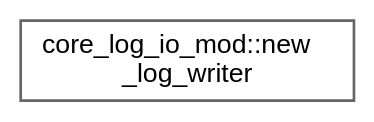
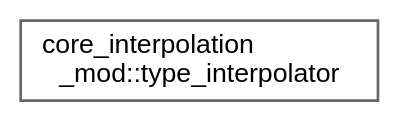
The diagram in release/v4.0-beta/inherit_graph_10.dot (mayhl/FUNWAVE-TVD), drawn with Graphviz before and after one commit. The commit also changed 402 other files, not shown here.

```diff
--- a/release/v4.0-beta/inherit_graph_10.dot
+++ b/release/v4.0-beta/inherit_graph_10.dot
@@ -1,9 +1,9 @@
 digraph "Graphical Class Hierarchy"
 {
  // LATEX_PDF_SIZE
   bgcolor="transparent";
   edge [fontname=Helvetica,fontsize=10,labelfontname=Helvetica,labelfontsize=10];
   node [fontname=Helvetica,fontsize=10,shape=box,height=0.2,width=0.4];
   rankdir="LR";
-  Node0 [id="Node000000",label="core_log_io_mod::new\l_log_writer",height=0.2,width=0.4,color="grey40", fillcolor="white", style="filled",URL="$interfacecore__log__io__mod_1_1new__log__writer.html",tooltip=" "];
+  Node0 [id="Node000000",label="core_interpolation\l_mod::type_interpolator",height=0.2,width=0.4,color="grey40", fillcolor="white", style="filled",URL="$structcore__interpolation__mod_1_1type__interpolator.html",tooltip="Stores pre-computed bilinear stencils for a set of query points that are local to the calling MPI ran..."];
 }
```
